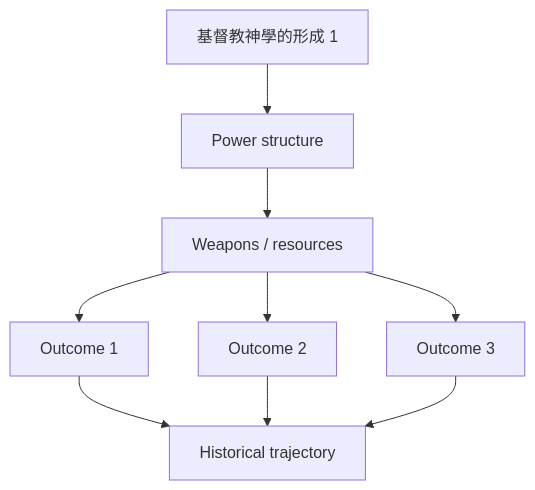
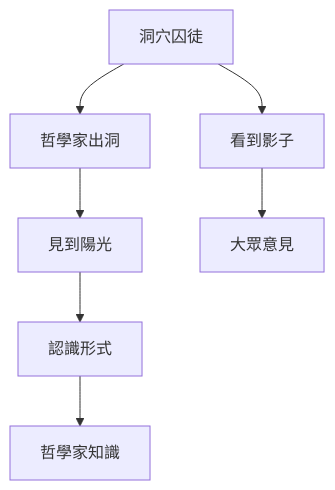
The second of 10 diagrams in 02_Harvard_Courses/Fall_Courses/Hist20A_Western_Intellectual_History.md (yip-lgtm/HKU-Harvard-History-Self-Study), drawn with Mermaid before and after one commit. The commit also changed other lines of this file and 65 other files, not shown here.

````diff
--- a/02_Harvard_Courses/Fall_Courses/Hist20A_Western_Intellectual_History.md
+++ b/02_Harvard_Courses/Fall_Courses/Hist20A_Western_Intellectual_History.md
@@ -146,11 +141,9 @@
 ```mermaid
 graph TD
-    A[基督教神學的形成 1] --> B[Power structure]
-    B --> C[Weapons / resources]
-    C --> D[Outcome 1]
-    C --> E[Outcome 2]
-    C --> F[Outcome 3]
-    D --> G[Historical trajectory]
-    E --> G
-    F --> G
+    A[洞穴囚徒] --> B[看到影子]
+    A --> C[哲學家出洞]
+    C --> D[見到陽光]
+    D --> E[認識形式]
+    B --> F[大眾意見]
+    E --> G[哲學家知識]
 ```
````
